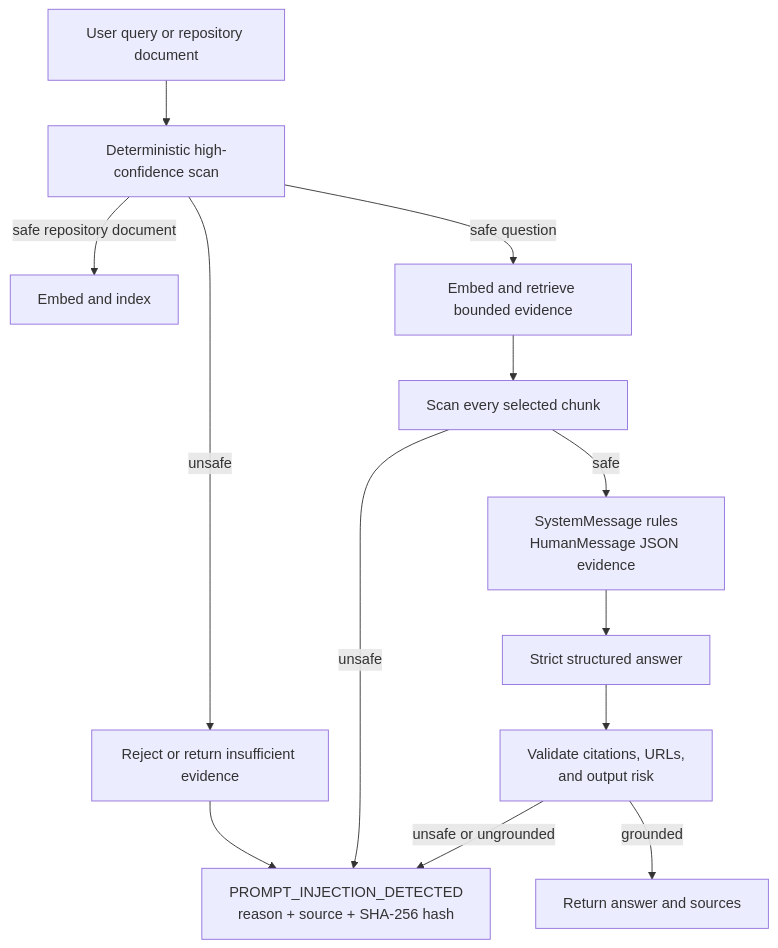
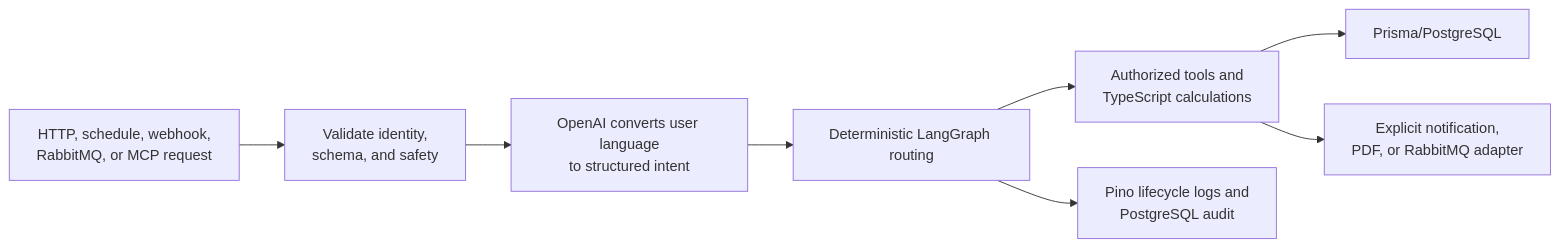
Before and after one commit to ramioooz/hcm-agentic-llmops: the diagram in README.md, drawn with Mermaid. The commit also changed other lines of this file and 4 other files, not shown here.

````diff
--- a/README.md
+++ b/README.md
@@ -329,15 +155,10 @@
 ```mermaid
-flowchart TD
-    Input["User query or repository document"] --> Deterministic["Deterministic high-confidence scan"]
-    Deterministic -->|"unsafe"| Reject["Reject or return insufficient evidence"]
-    Reject --> Audit["PROMPT_INJECTION_DETECTED<br/>reason + source + SHA-256 hash"]
-    Deterministic -->|"safe repository document"| Index["Embed and index"]
-    Deterministic -->|"safe question"| Retrieve["Embed and retrieve bounded evidence"]
-    Retrieve --> EvidenceScan["Scan every selected chunk"]
-    EvidenceScan -->|"unsafe"| Audit
-    EvidenceScan -->|"safe"| Messages["SystemMessage rules<br/>HumanMessage JSON evidence"]
-    Messages --> Model["Strict structured answer"]
-    Model --> Output["Validate citations, URLs,<br/>and output risk"]
-    Output -->|"unsafe or ungrounded"| Audit
-    Output -->|"grounded"| Answer["Return answer and sources"]
+flowchart LR
+    Request["HTTP, schedule, webhook,<br/>RabbitMQ, or MCP request"] --> Validate["Validate identity,<br/>schema, and safety"]
+    Validate --> Intent["OpenAI converts user language<br/>to structured intent"]
+    Intent --> Route["Deterministic LangGraph routing"]
+    Route --> Tools["Authorized tools and<br/>TypeScript calculations"]
+    Tools --> Data["Prisma/PostgreSQL"]
+    Tools --> Effects["Explicit notification,<br/>PDF, or RabbitMQ adapter"]
+    Route --> Audit["Pino lifecycle logs and<br/>PostgreSQL audit"]
 ```
````
